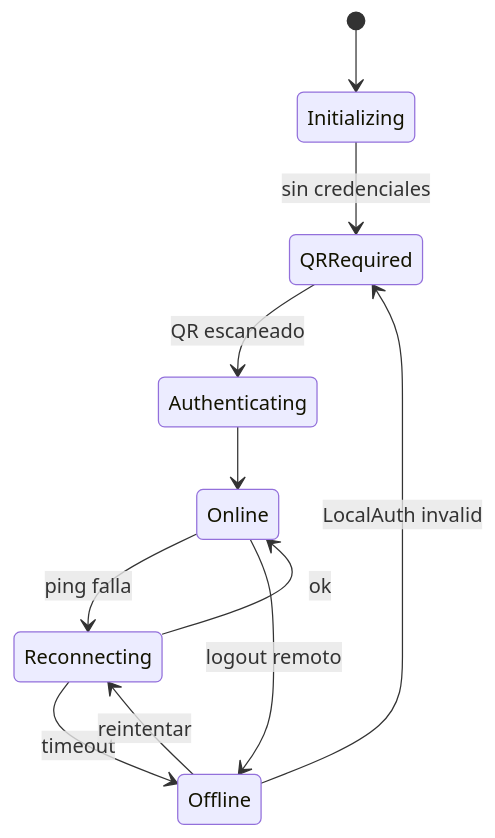
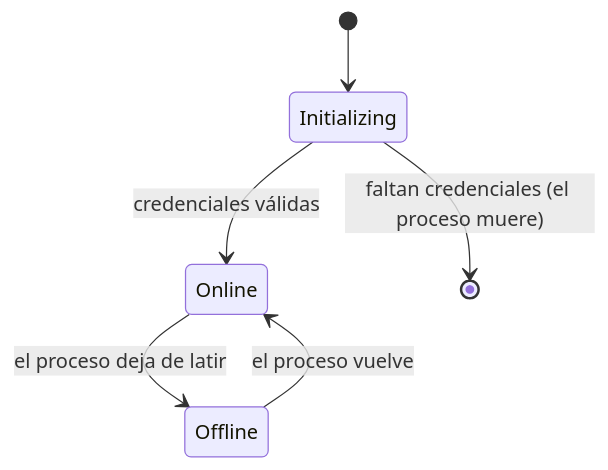
One commit to manueruperez/personally-1.0 changed the first of 2 diagrams in personally-pc/specs/bots/01-agente-whatsapp.md. Above: the diagram before and after it, drawn with Mermaid. The commit also changed other lines of this file and 10 other files, not shown here.

````diff
--- a/personally-pc/specs/bots/01-agente-whatsapp.md
+++ b/personally-pc/specs/bots/01-agente-whatsapp.md
@@ -31,13 +36,8 @@
 ```mermaid
 stateDiagram-v2
     [*] --> Initializing
-    Initializing --> QRRequired: sin credenciales
-    QRRequired --> Authenticating: QR escaneado
-    Authenticating --> Online
-    Online --> Reconnecting: ping falla
-    Reconnecting --> Online: ok
-    Reconnecting --> Offline: timeout
-    Offline --> QRRequired: LocalAuth invalid
-    Offline --> Reconnecting: reintentar
-    Online --> Offline: logout remoto
+    Initializing --> Online: credenciales válidas
+    Initializing --> [*]: faltan credenciales (el proceso muere)
+    Online --> Offline: el proceso deja de latir
+    Offline --> Online: el proceso vuelve
 ```
````
